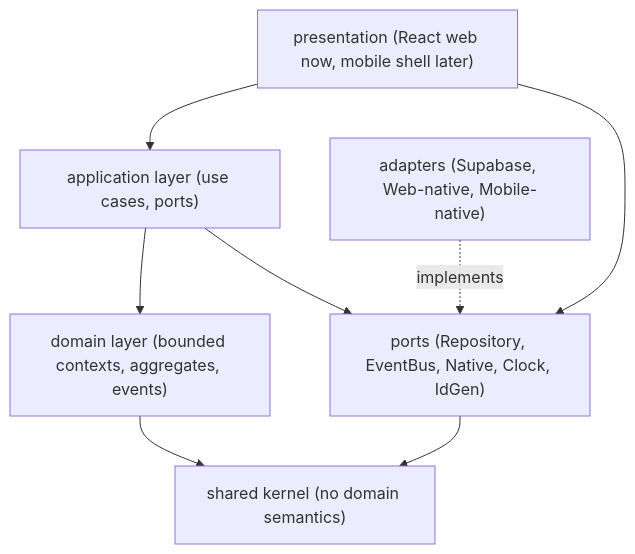
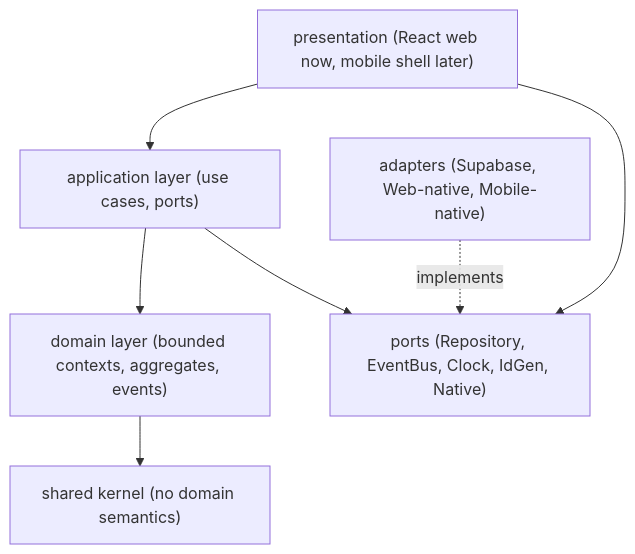
The diagram in docs/architecture/dependency-rules.md (njaglobal/SportsOS), drawn with Mermaid before and after one commit. The commit also changed other lines of this file and 43 other files, not shown here.

````diff
--- a/docs/architecture/dependency-rules.md
+++ b/docs/architecture/dependency-rules.md
@@ -9,17 +12,16 @@
 ```mermaid
 flowchart TB
   Shared["shared kernel (no domain semantics)"]
   Domain["domain layer (bounded contexts, aggregates, events)"]
   App["application layer (use cases, ports)"]
-  Ports["ports (Repository, EventBus, Native, Clock, IdGen)"]
+  Ports["ports (Repository, EventBus, Clock, IdGen, Native)"]
   Adapters["adapters (Supabase, Web-native, Mobile-native)"]
   Presentation["presentation (React web now, mobile shell later)"]
 
   Presentation --> App
   App --> Domain
   App --> Ports
   Domain --> Shared
-  Ports --> Shared
   Adapters -.implements.-> Ports
   Presentation --> Ports
 ```
````
